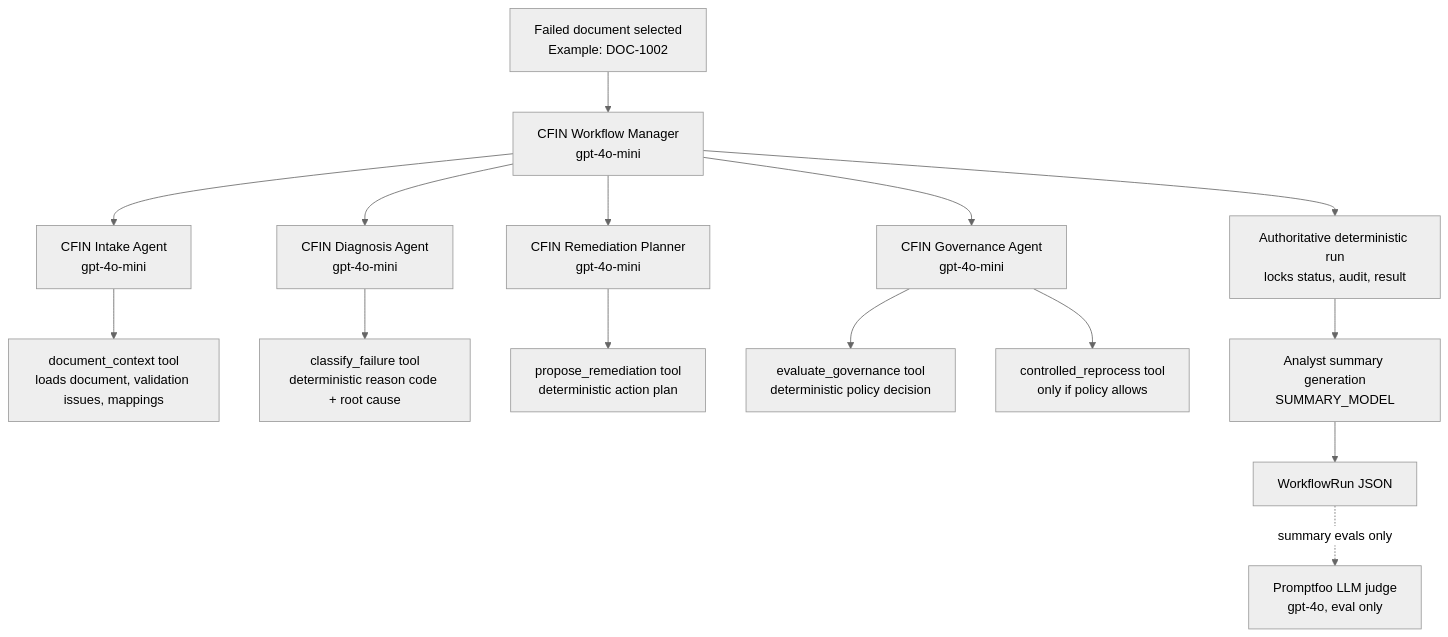
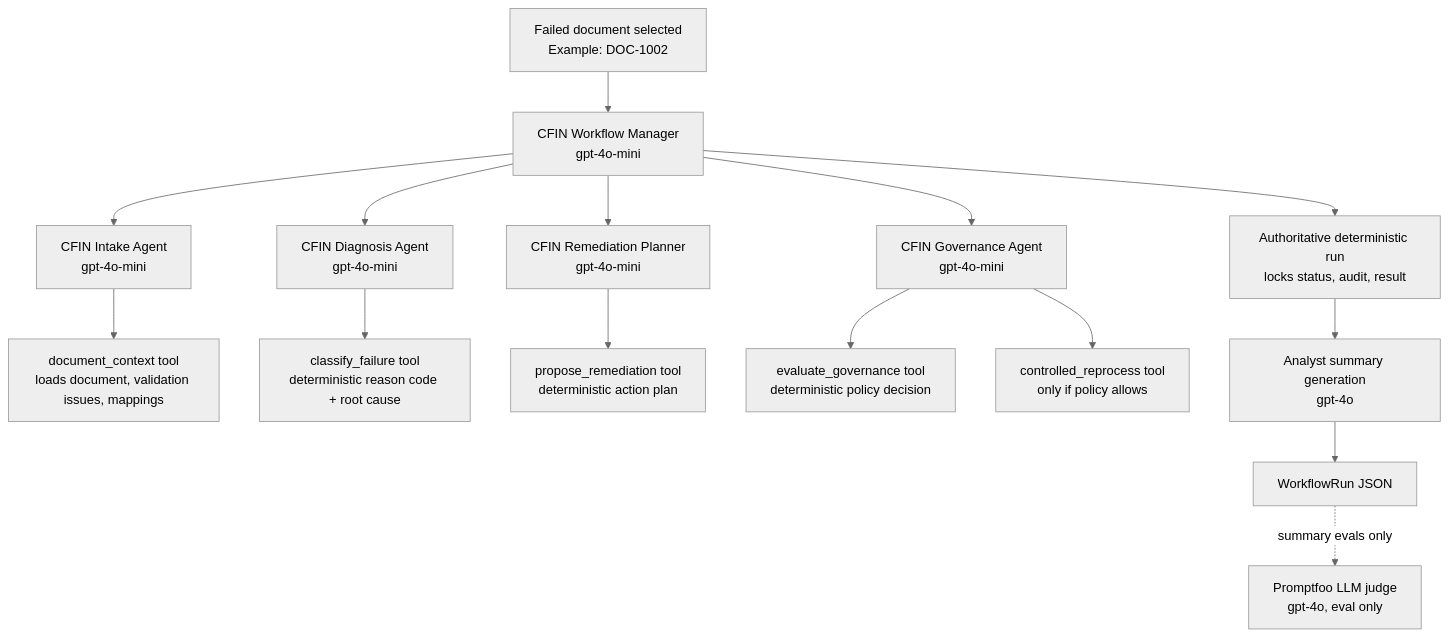
Before and after one commit to abanerjee23/finhub: the diagram in README.md, drawn with Mermaid (neutral theme). The commit also changed other lines of this file and 33 other files, not shown here.

````diff
--- a/README.md
+++ b/README.md
@@ -155,29 +161,29 @@
 ```mermaid
 flowchart TB
     DOC[Failed document selected<br/>Example: DOC-1002]
     MGR[CFIN Workflow Manager<br/>gpt-4o-mini]
     INT[CFIN Intake Agent<br/>gpt-4o-mini]
     DIAG[CFIN Diagnosis Agent<br/>gpt-4o-mini]
     PLAN[CFIN Remediation Planner<br/>gpt-4o-mini]
     GOV[CFIN Governance Agent<br/>gpt-4o-mini]
 
     CTX[document_context tool<br/>loads document, validation issues, mappings]
     CLASSIFY[classify_failure tool<br/>deterministic reason code + root cause]
     REMEDIATE[propose_remediation tool<br/>deterministic action plan]
     POLICY[evaluate_governance tool<br/>deterministic policy decision]
     REPROCESS[controlled_reprocess tool<br/>only if policy allows]
 
     FINAL[Authoritative deterministic run<br/>locks status, audit, result]
-    SUMMARY[Analyst summary generation<br/>SUMMARY_MODEL]
+    SUMMARY[Analyst summary generation<br/>gpt-4o]
     OUTPUT[WorkflowRun JSON]
     JUDGE[Promptfoo LLM judge<br/>gpt-4o, eval only]
 
     DOC --> MGR
     MGR --> INT --> CTX
     MGR --> DIAG --> CLASSIFY
     MGR --> PLAN --> REMEDIATE
     MGR --> GOV --> POLICY
     GOV --> REPROCESS
     MGR --> FINAL --> SUMMARY --> OUTPUT
     OUTPUT -. summary evals only .-> JUDGE
 ```
````
